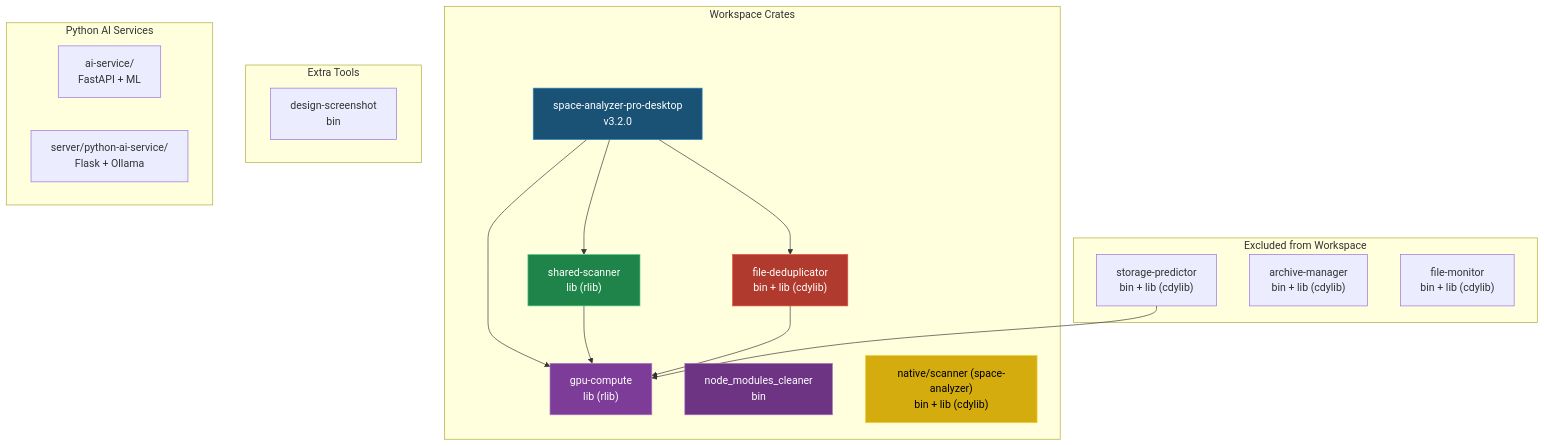
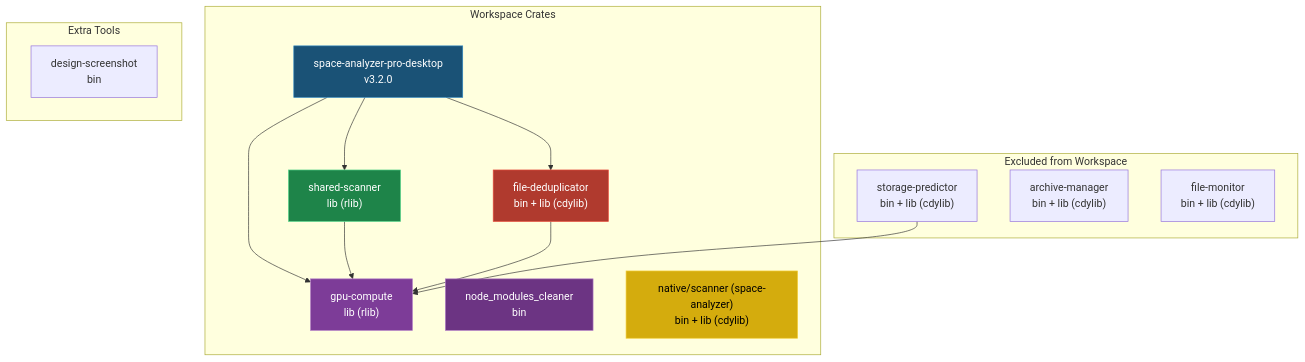
Before and after one commit to ogneocortext/space-analyzer-pro: the first of 13 diagrams in docs/architecture/ARCHITECTURE_DIAGRAMS.md, drawn with Mermaid. The commit also changed 295 other files, not shown here.

````diff
--- a/docs/architecture/ARCHITECTURE_DIAGRAMS.md
+++ b/docs/architecture/ARCHITECTURE_DIAGRAMS.md
@@ -7,40 +7,35 @@
 ```mermaid
 graph TB
     subgraph workspace["Workspace Crates"]
         root["space-analyzer-pro-desktop<br/>v3.2.0"]
         ss["shared-scanner<br/>lib (rlib)"]
         gc["gpu-compute<br/>lib (rlib)"]
         fd["file-deduplicator<br/>bin + lib (cdylib)"]
         nm["node_modules_cleaner<br/>bin"]
         ns["native/scanner (space-analyzer)<br/>bin + lib (cdylib)"]
     end
 
     subgraph excluded["Excluded from Workspace"]
         sp["storage-predictor<br/>bin + lib (cdylib)"]
         am["archive-manager<br/>bin + lib (cdylib)"]
         fm["file-monitor<br/>bin + lib (cdylib)"]
     end
 
     subgraph tools["Extra Tools"]
         ds["design-screenshot<br/>bin"]
     end
 
-    subgraph python["Python AI Services"]
-        ai_svc["ai-service/<br/>FastAPI + ML"]
-        py_ai["server/python-ai-service/<br/>Flask + Ollama"]
-    end
-
     root --> ss
     root --> gc
     root --> fd
     ss --> gc
     fd --> gc
     sp --> gc
 
     style root fill:#1a5276,color:#fff,stroke:#2e86c1
     style gc fill:#7d3c98,color:#fff,stroke:#af7ac5
     style ss fill:#1e8449,color:#fff,stroke:#58d68d
     style fd fill:#b03a2e,color:#fff,stroke:#e74c3c
     style nm fill:#6c3483,color:#fff,stroke:#af7ac5
     style ns fill:#d4ac0d,color:#000,stroke:#f4d03f
 ```
````
